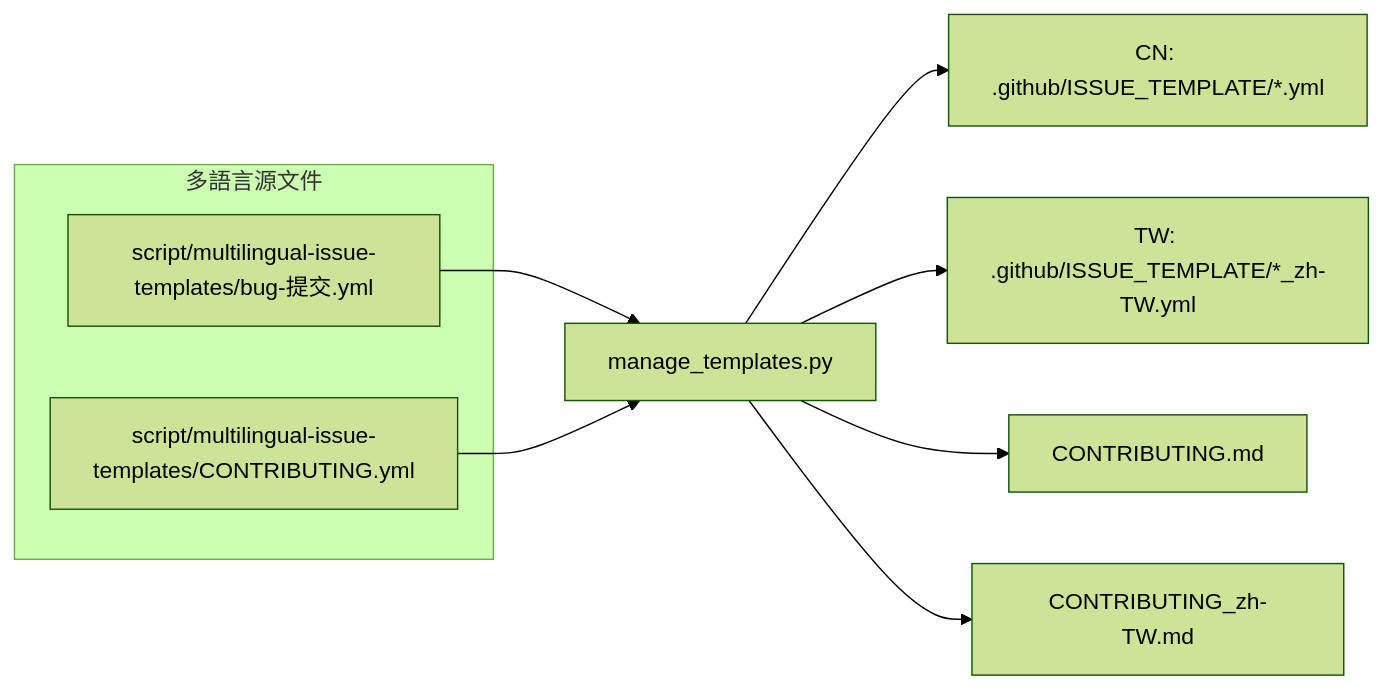
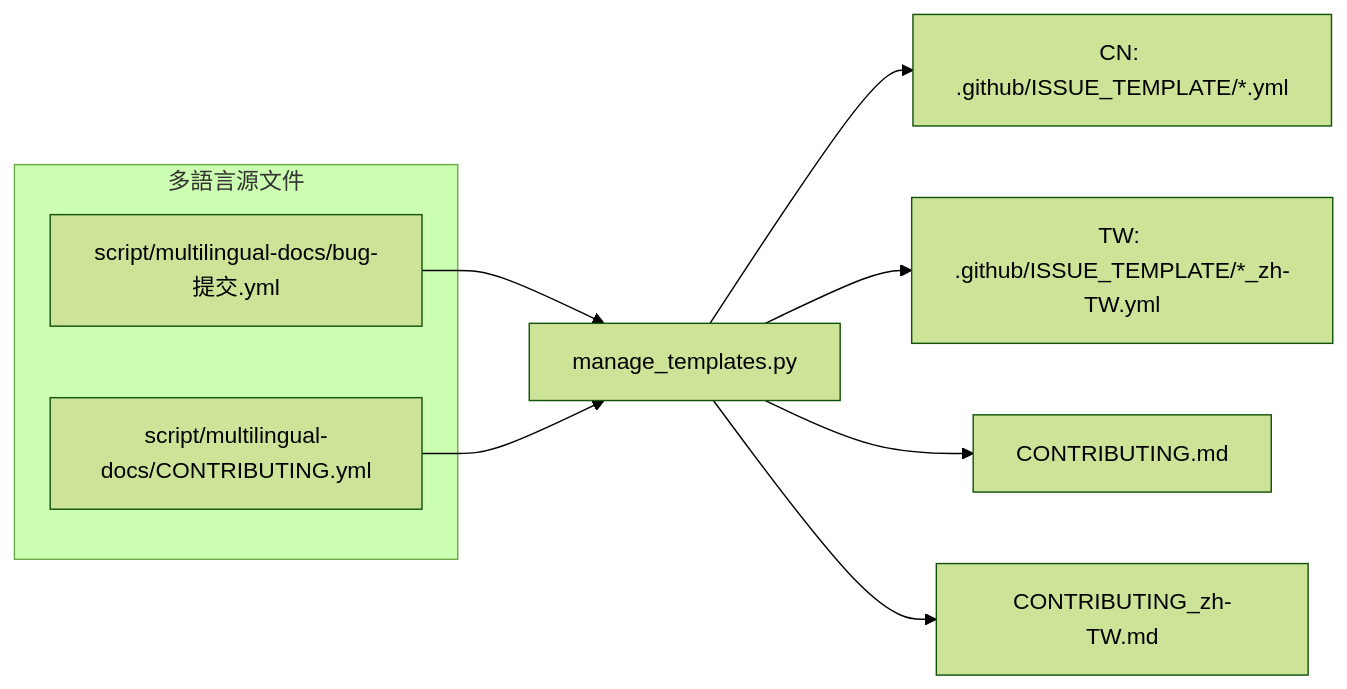
The diagram in CONTRIBUTING_zh-TW.md (maboloshi/github-chinese), drawn with Mermaid (forest theme) before and after one commit. The commit also changed other lines of this file and 19 other files, not shown here.

````diff
--- a/CONTRIBUTING_zh-TW.md
+++ b/CONTRIBUTING_zh-TW.md
@@ -59,13 +72,13 @@
 ```mermaid
 flowchart LR
     subgraph Sources["多語言源文件"]
-        S1["script/multilingual-issue-templates/bug-提交.yml"]
-        S2["script/multilingual-issue-templates/CONTRIBUTING.yml"]
+        S1["script/multilingual-docs/bug-提交.yml"]
+        S2["script/multilingual-docs/CONTRIBUTING.yml"]
     end
     S1 --> B[manage_templates.py]
     S2 --> B
     B --> C["CN: .github/ISSUE_TEMPLATE/*.yml"]
     B --> D["TW: .github/ISSUE_TEMPLATE/*_zh-TW.yml"]
     B --> E["CONTRIBUTING.md"]
     B --> F["CONTRIBUTING_zh-TW.md"]
 ```
````
